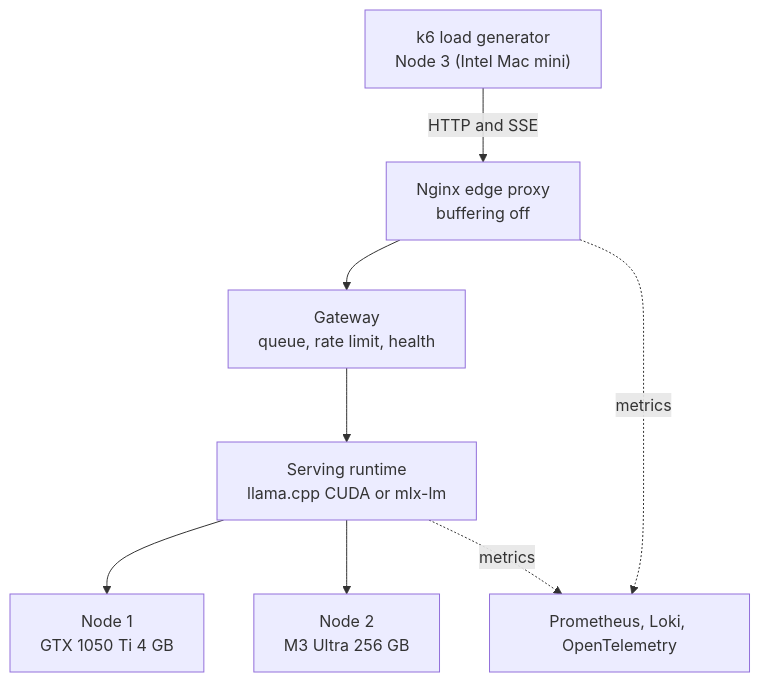
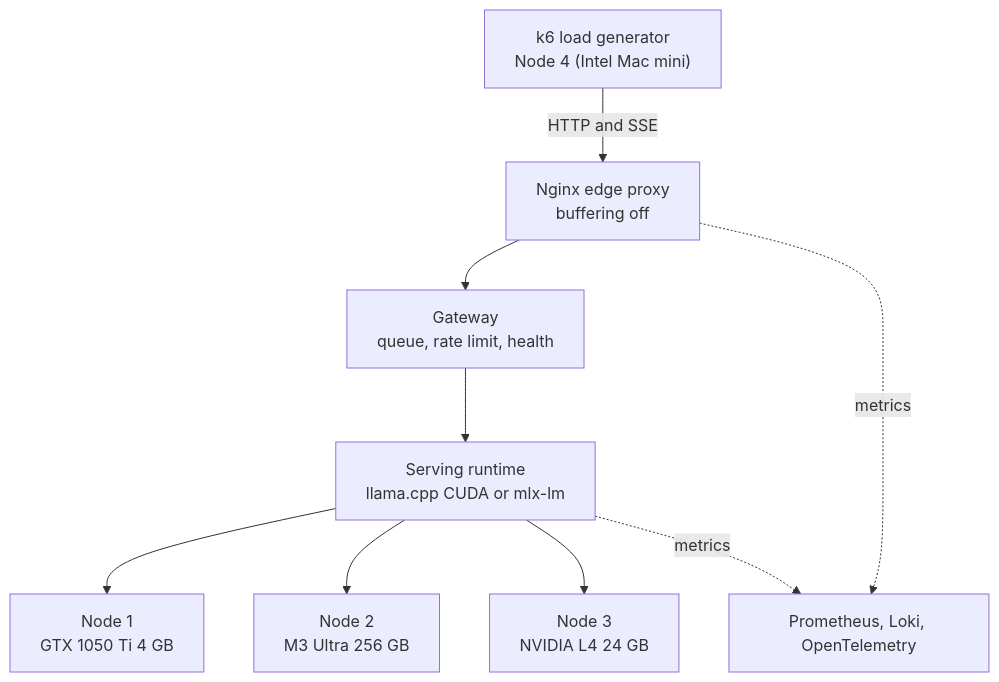
One commit to srinivassarkar/ai-infra-systems changed the diagram in README.md. Above: the diagram before and after it, drawn with Mermaid. The commit also changed other lines of this file, not shown here.

````diff
--- a/README.md
+++ b/README.md
@@ -14,10 +14,11 @@
 ```mermaid
 flowchart TD
-    K6["k6 load generator<br/>Node 3 (Intel Mac mini)"] -->|HTTP and SSE| NG["Nginx edge proxy<br/>buffering off"]
+    K6["k6 load generator<br/>Node 4 (Intel Mac mini)"] -->|HTTP and SSE| NG["Nginx edge proxy<br/>buffering off"]
     NG --> GW["Gateway<br/>queue, rate limit, health"]
     GW --> RT["Serving runtime<br/>llama.cpp CUDA or mlx-lm"]
     RT --> N1["Node 1<br/>GTX 1050 Ti 4 GB"]
     RT --> N2["Node 2<br/>M3 Ultra 256 GB"]
+    RT --> N3["Node 3<br/>NVIDIA L4 24 GB"]
     RT -. metrics .-> OB["Prometheus, Loki, OpenTelemetry"]
     NG -. metrics .-> OB
 ```
````
